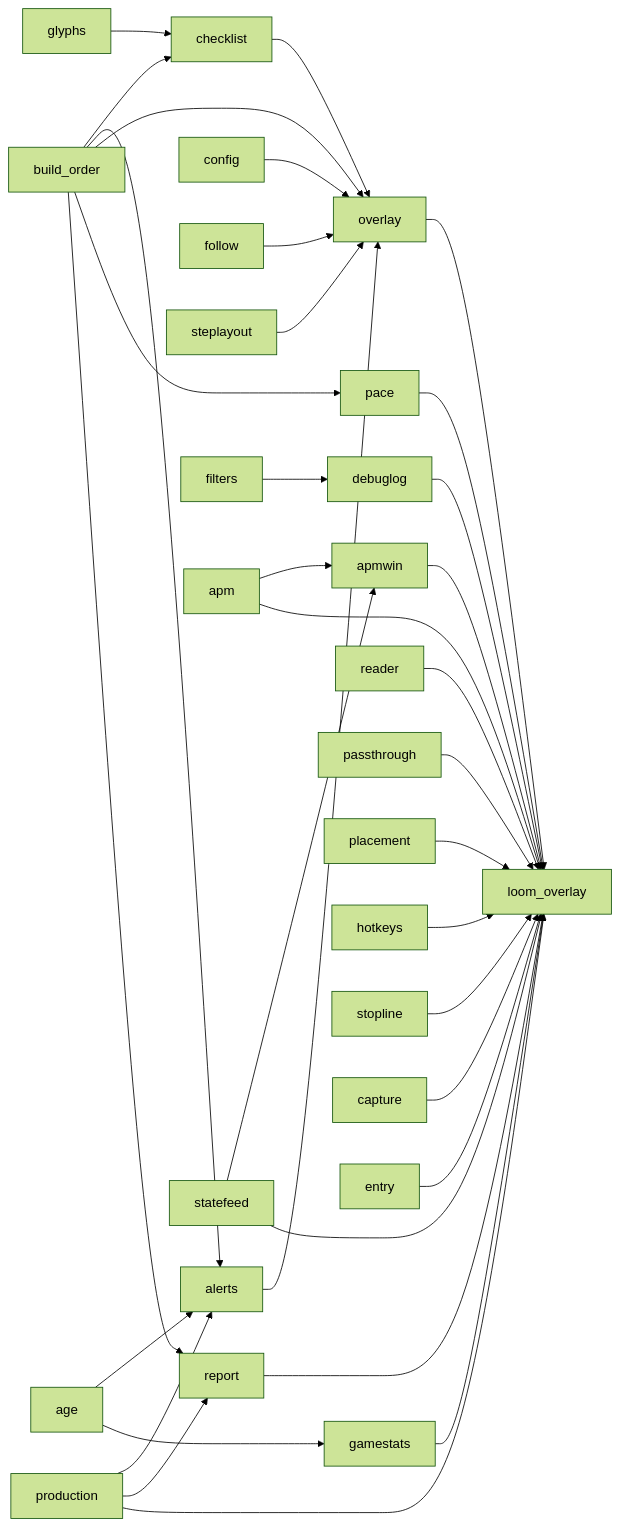
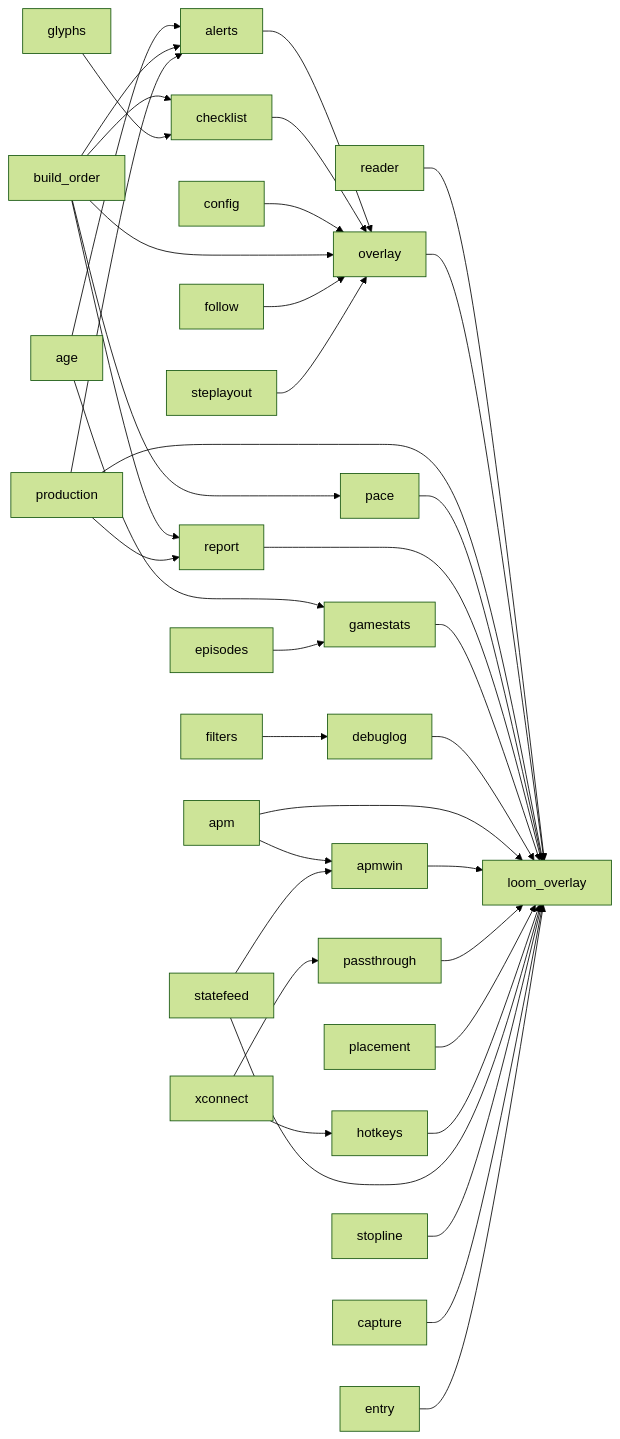
Before and after one commit to gwaihirf22/loom_AOE: the third of 5 diagrams in docs/architecture.md, drawn with Mermaid (forest theme). The commit also changed other lines of this file and 296 other files, not shown here.

````diff
--- a/docs/architecture.md
+++ b/docs/architecture.md
@@ -139,37 +152,40 @@
 ```mermaid
 flowchart LR
     build_order --> checklist
     glyphs --> checklist
     age --> alerts
     build_order --> alerts
     production --> alerts
     alerts --> overlay
     checklist --> overlay
     config --> overlay
     build_order --> overlay
     follow --> overlay
     steplayout --> overlay
     build_order --> pace
     build_order --> report
     production --> report
     age --> gamestats
+    episodes --> gamestats
     filters --> debuglog
     apm --> apmwin
     statefeed --> apmwin
     reader --> loom_overlay
     overlay --> loom_overlay
     production --> loom_overlay
     pace --> loom_overlay
     report --> loom_overlay
     gamestats --> loom_overlay
     debuglog --> loom_overlay
     apm --> loom_overlay
     apmwin --> loom_overlay
+    xconnect --> passthrough
     passthrough --> loom_overlay
     placement --> loom_overlay
+    xconnect --> hotkeys
     hotkeys --> loom_overlay
     statefeed --> loom_overlay
     stopline --> loom_overlay
     capture --> loom_overlay
     entry --> loom_overlay
 ```
````
